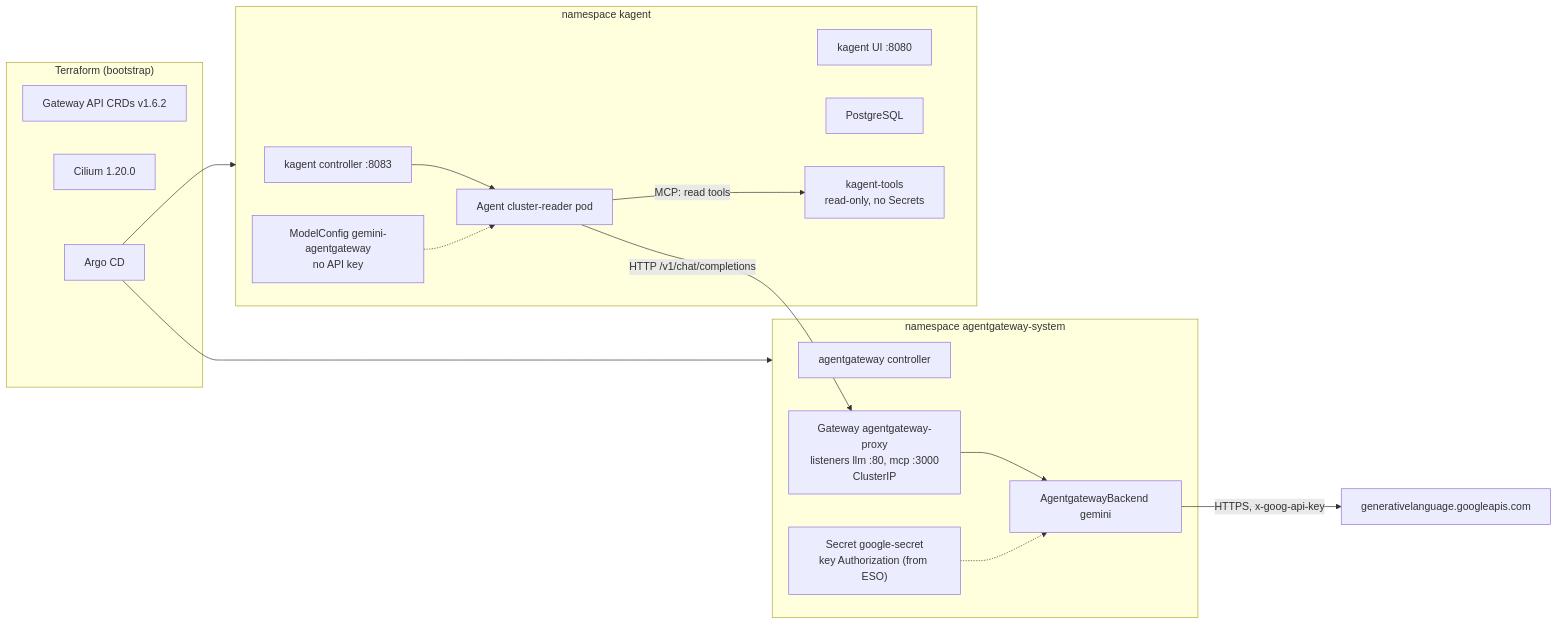
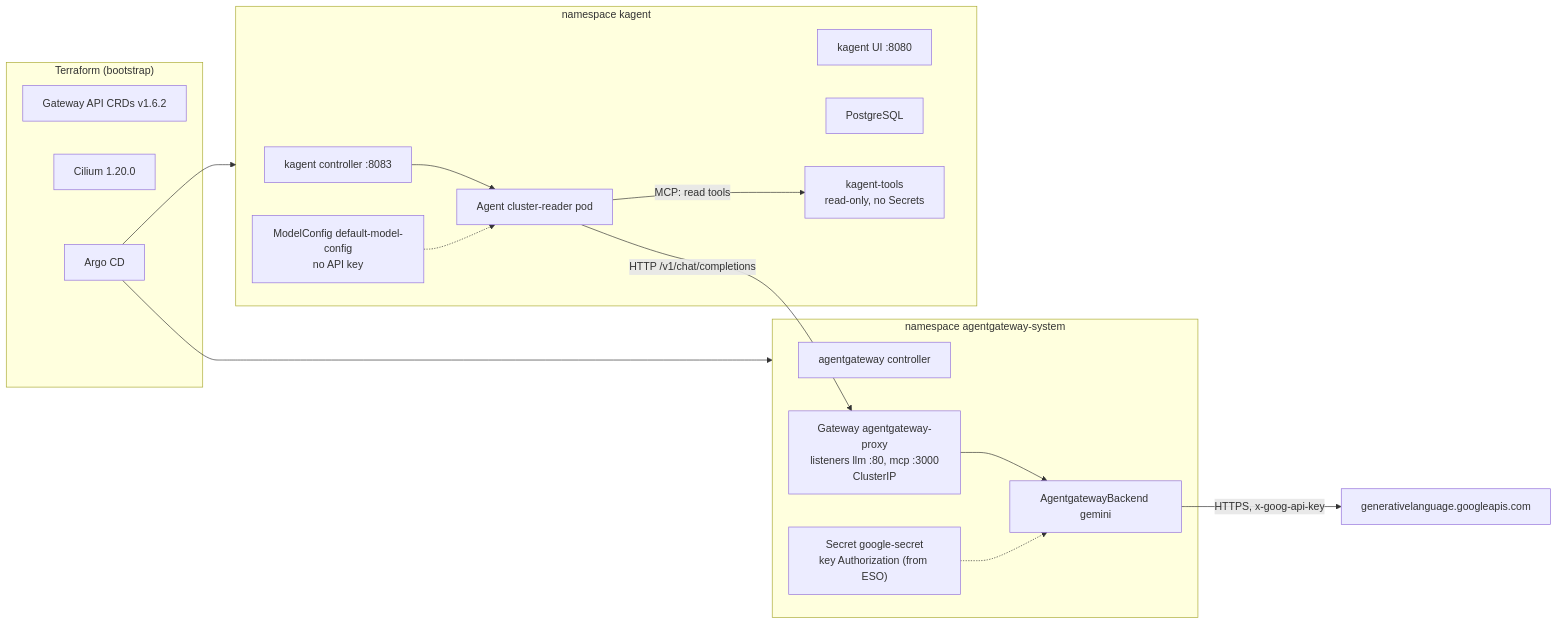
Before and after one commit to gsuquet/homelab: the first of 3 diagrams in docs/records/rfcs/0008-kagent-and-agentgateway.md, drawn with Mermaid. The commit also changed other lines of this file, not shown here.

````diff
--- a/docs/records/rfcs/0008-kagent-and-agentgateway.md
+++ b/docs/records/rfcs/0008-kagent-and-agentgateway.md
@@ -154,32 +154,32 @@
 ```mermaid
 flowchart LR
     subgraph TF["Terraform (bootstrap)"]
         GWAPI["Gateway API CRDs v1.6.2"]
         CIL["Cilium 1.20.0"]
         ACD["Argo CD"]
     end
     subgraph AGW["namespace agentgateway-system"]
         AGC["agentgateway controller"]
         GW["Gateway agentgateway-proxy<br/>listeners llm :80, mcp :3000<br/>ClusterIP"]
         BE["AgentgatewayBackend gemini"]
         SEC["Secret google-secret<br/>key Authorization (from ESO)"]
     end
     subgraph KA["namespace kagent"]
         KC["kagent controller :8083"]
         UI["kagent UI :8080"]
         PG["PostgreSQL"]
         TOOLS["kagent-tools<br/>read-only, no Secrets"]
         AG["Agent cluster-reader pod"]
-        MC["ModelConfig gemini-agentgateway<br/>no API key"]
+        MC["ModelConfig default-model-config<br/>no API key"]
     end
     GEM["generativelanguage.googleapis.com"]
     ACD --> AGW
     ACD --> KA
     KC --> AG
     AG -->|"MCP: read tools"| TOOLS
     AG -->|"HTTP /v1/chat/completions"| GW
     GW --> BE
     BE -->|"HTTPS, x-goog-api-key"| GEM
     SEC -.-> BE
     MC -.-> AG
 ```
````
